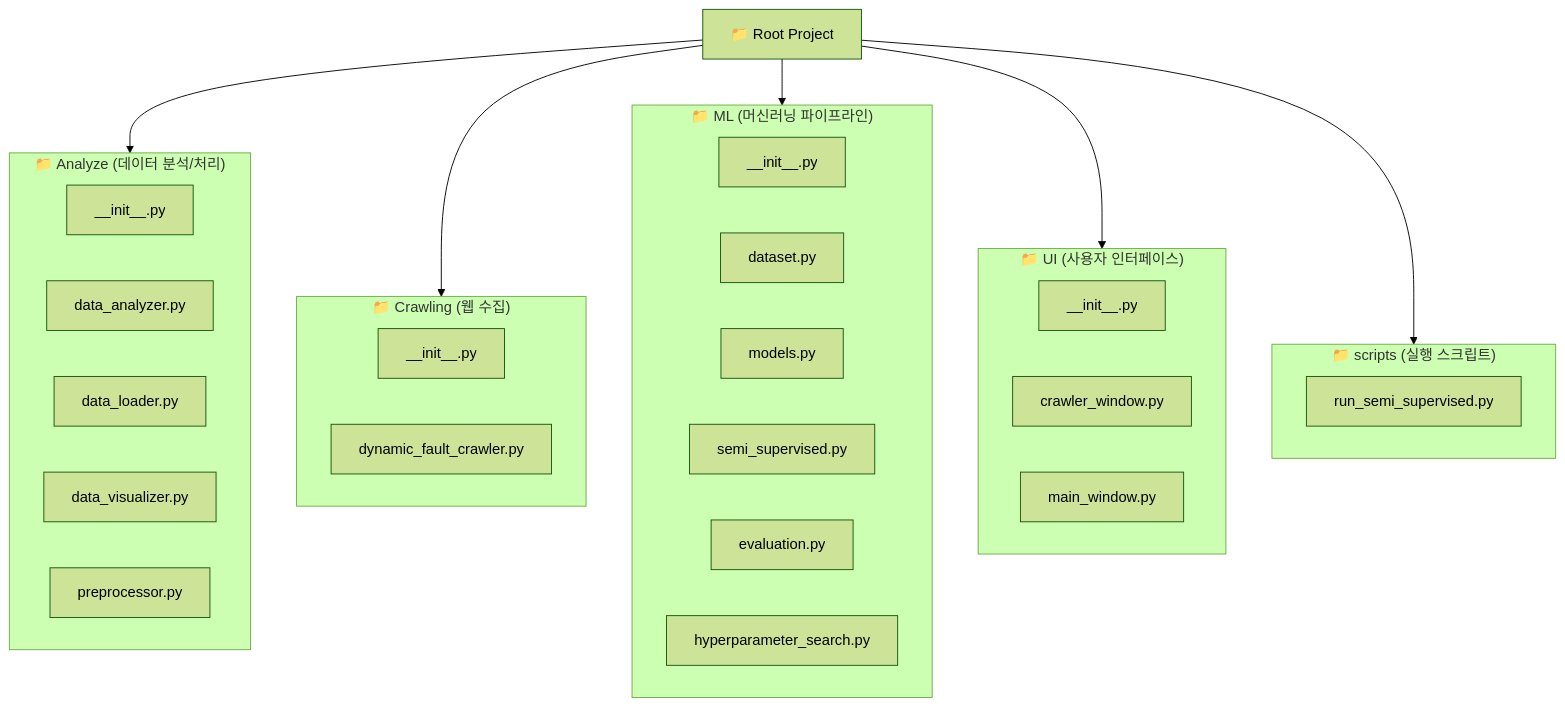
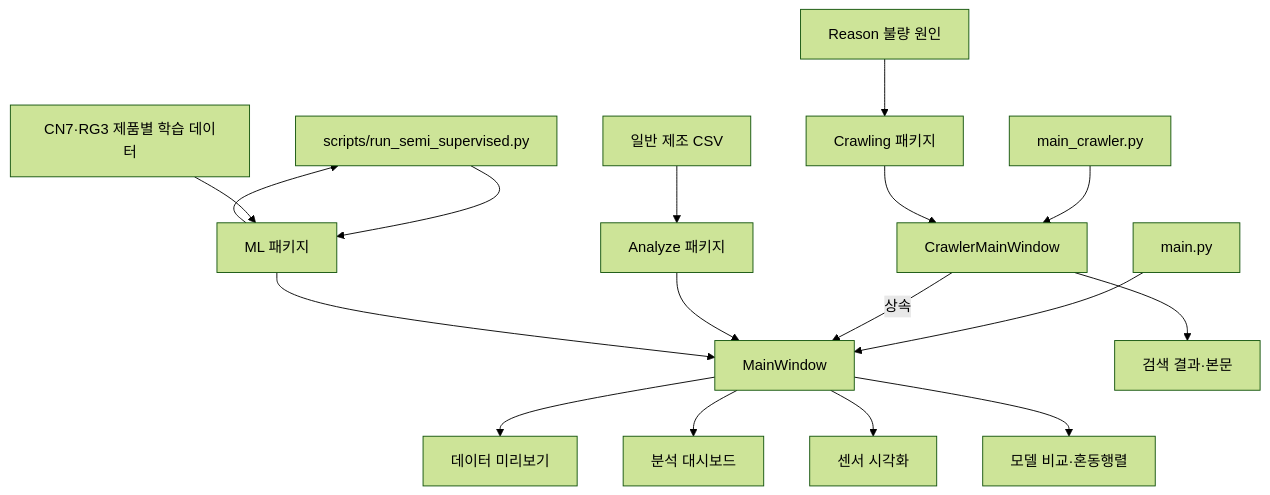
The fourth of 4 diagrams in README.md (mitsuiJin/python-mini-project), drawn with Mermaid (forest theme) before and after one commit. The commit also changed other lines of this file and 4 other files, not shown here.

````diff
--- a/README.md
+++ b/README.md
@@ -281,47 +293,25 @@
 ```mermaid
 graph TD
-    Root["📁 Root Project"]
-    
-    %% Analyze Group
-    subgraph Analyze ["📁 Analyze (데이터 분석/처리)"]
-        A0["__init__.py"]
-        A1["data_analyzer.py"]
-        A2["data_loader.py"]
-        A3["data_visualizer.py"]
-        A4["preprocessor.py"]
-    end
+    Main["main.py"] --> MainWindow["MainWindow"]
+    CrawlerMain["main_crawler.py"] --> CrawlerWindow["CrawlerMainWindow"]
+    CLI["scripts/run_semi_supervised.py"] --> ML["ML 패키지"]
 
-    %% Crawling Group
-    subgraph Crawling ["📁 Crawling (웹 수집)"]
-        C0["__init__.py"]
-        C1["dynamic_fault_crawler.py"]
-    end
+    CrawlerWindow -->|상속| MainWindow
 
-    %% ML Group
-    subgraph ML ["📁 ML (머신러닝 파이프라인)"]
-        M0["__init__.py"]
-        M1["dataset.py"]
-        M2["models.py"]
-        M3["semi_supervised.py"]
-        M4["evaluation.py"]
-        M5["hyperparameter_search.py"]
-    end
+    CSV["일반 제조 CSV"] --> Analyze["Analyze 패키지"]
+    Analyze --> MainWindow
 
-    %% UI Group
-    subgraph UI ["📁 UI (사용자 인터페이스)"]
-        U0["__init__.py"]
-        U1["crawler_window.py"]
-        U2["main_window.py"]
-    end
+    ProductCSV["CN7·RG3 제품별 학습 데이터"] --> ML
+    ML --> MainWindow
+    ML --> CLI
 
-    %% Scripts Group
-    subgraph Scripts ["📁 scripts (실행 스크립트)"]
-        SC0["run_semi_supervised.py"]
-    end
+    Reason["Reason 불량 원인"] --> Crawling["Crawling 패키지"]
+    Crawling --> CrawlerWindow
 
-    Root --> Analyze
-    Root --> Crawling
-    Root --> ML
-    Root --> UI
-    Root --> Scripts
+    MainWindow --> Preview["데이터 미리보기"]
+    MainWindow --> Dashboard["분석 대시보드"]
+    MainWindow --> Charts["센서 시각화"]
+    MainWindow --> ModelResult["모델 비교·혼동행렬"]
+
+    CrawlerWindow --> CrawlResult["검색 결과·본문"]
 ```
````
